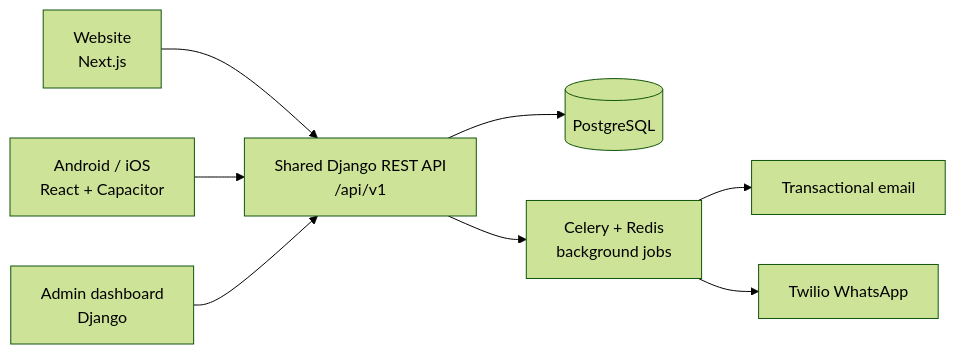
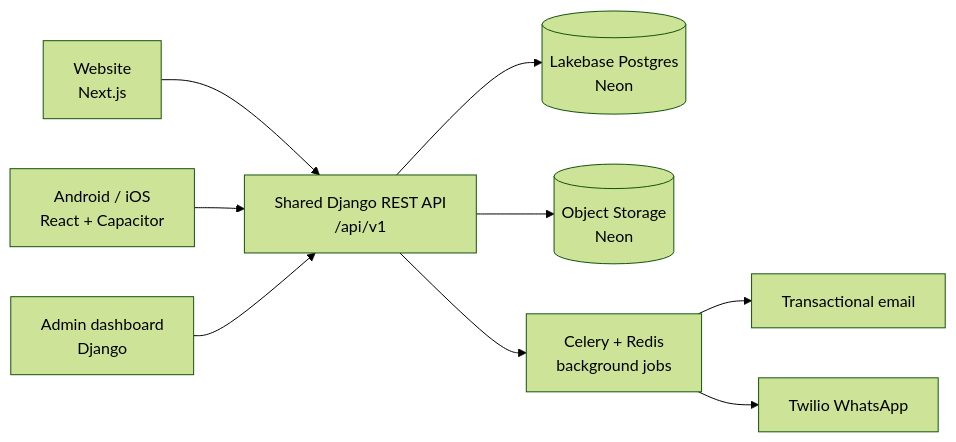
Before and after one commit to NHasan143/driveo-creative: the first of 3 diagrams in README.md, drawn with Mermaid (forest theme). The commit also changed other lines of this file and 19 other files, not shown here.

````diff
--- a/README.md
+++ b/README.md
@@ -110,10 +113,11 @@
 ```mermaid
 flowchart LR
     Web["Website<br/>Next.js"] --> API
     App["Android / iOS<br/>React + Capacitor"] --> API
     Admin["Admin dashboard<br/>Django"] --> API
-    API["Shared Django REST API<br/>/api/v1"] --> DB[("PostgreSQL")]
+    API["Shared Django REST API<br/>/api/v1"] --> DB[("Lakebase Postgres<br/>Neon")]
+    API --> Files[("Object Storage<br/>Neon")]
     API --> Queue["Celery + Redis<br/>background jobs"]
     Queue --> Email["Transactional email"]
     Queue --> WA["Twilio WhatsApp"]
 ```
````
